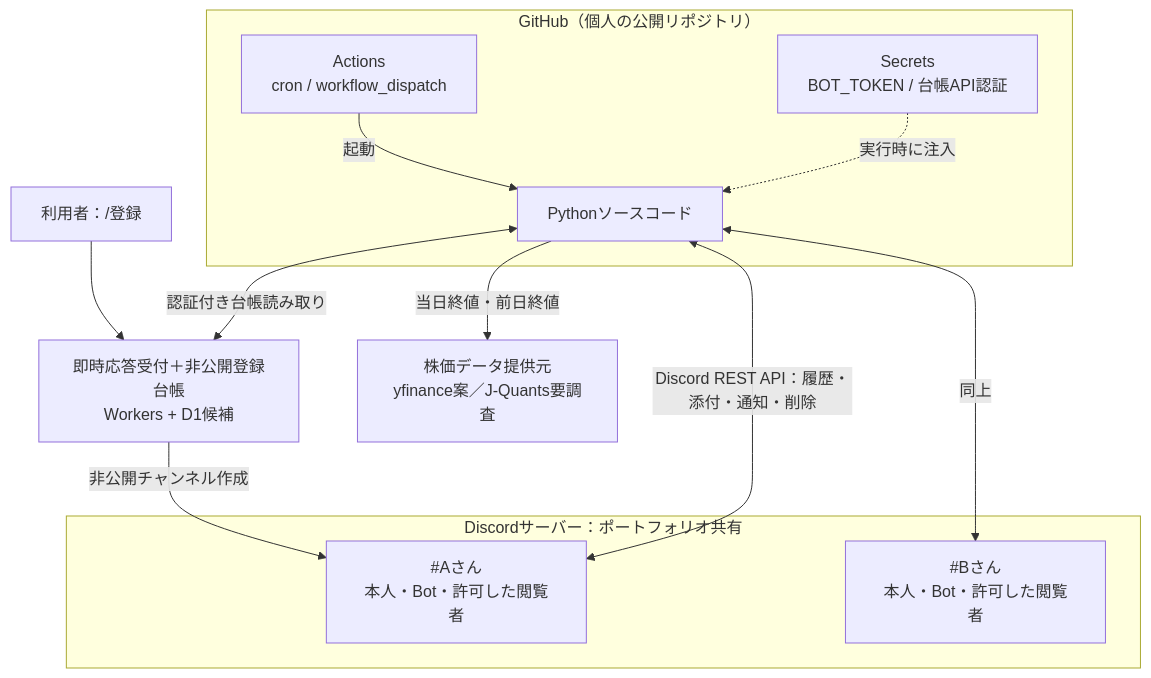
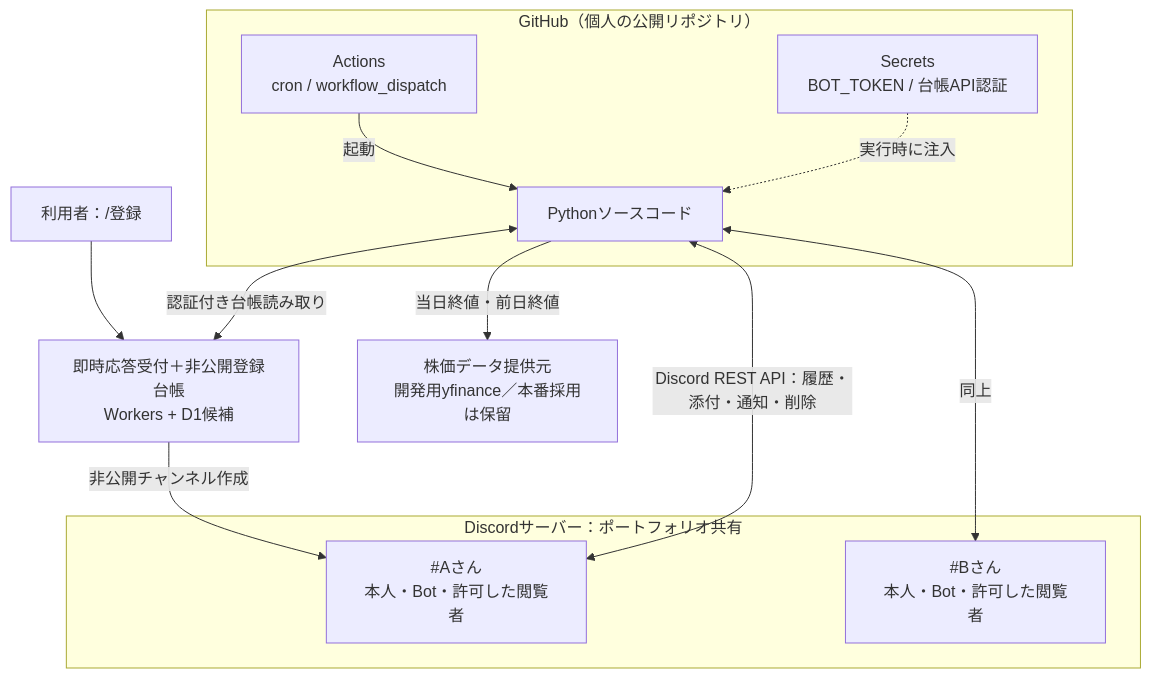
The first of 2 diagrams in docs/System-Architecture.md (chihiros7/stock-signal), drawn with Mermaid before and after one commit. The commit also changed other lines of this file and 12 other files, not shown here.

````diff
--- a/docs/System-Architecture.md
+++ b/docs/System-Architecture.md
@@ -7,21 +7,21 @@
 ```mermaid
 flowchart TB
   subgraph Discord["Discordサーバー：ポートフォリオ共有"]
     A["#Aさん<br/>本人・Bot・許可した閲覧者"]
     B["#Bさん<br/>本人・Bot・許可した閲覧者"]
   end
   subgraph GitHub["GitHub（個人の公開リポジトリ）"]
     W["Actions<br/>cron / workflow_dispatch"]
     X["Secrets<br/>BOT_TOKEN / 台帳API認証"]
     C["Pythonソースコード"]
   end
   U["利用者：/登録"] --> R["即時応答受付＋非公開登録台帳<br/>Workers + D1候補"]
   R -->|"非公開チャンネル作成"| A
   C <-->|"認証付き台帳読み取り"| R
-  M["株価データ提供元<br/>yfinance案／J-Quants要調査"]
+  M["株価データ提供元<br/>開発用yfinance／本番採用は保留"]
   W -->|"起動"| C
   X -.->|"実行時に注入"| C
   C <-->|"Discord REST API：履歴・添付・通知・削除"| A
   C <-->|"同上"| B
   C -->|"当日終値・前日終値"| M
 ```
````
